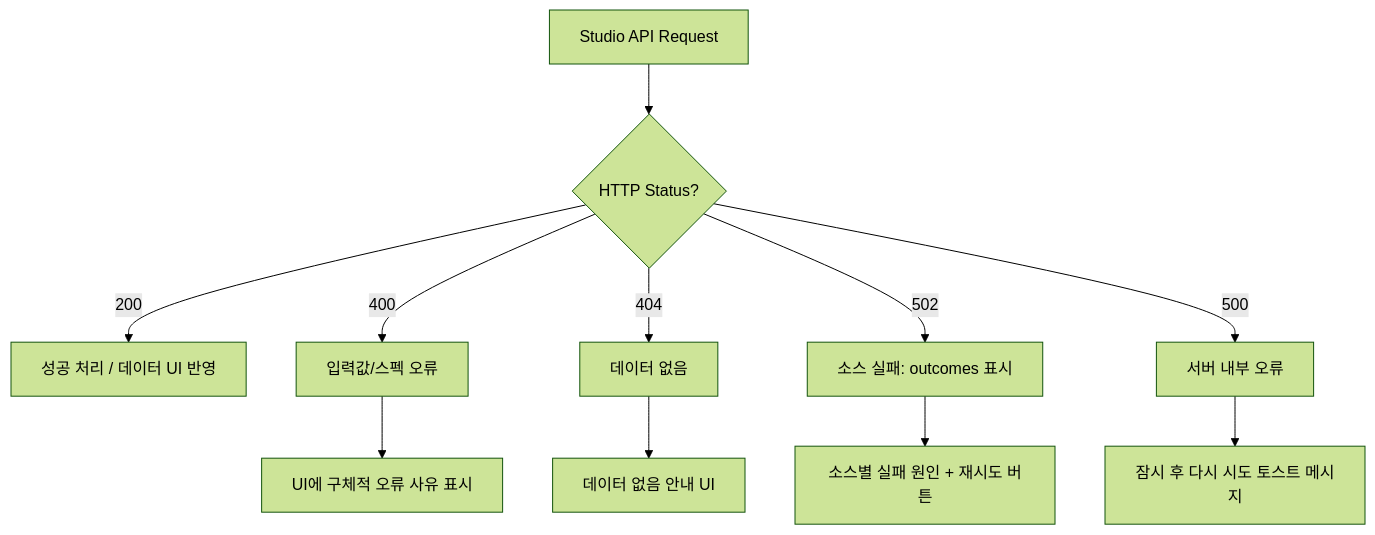
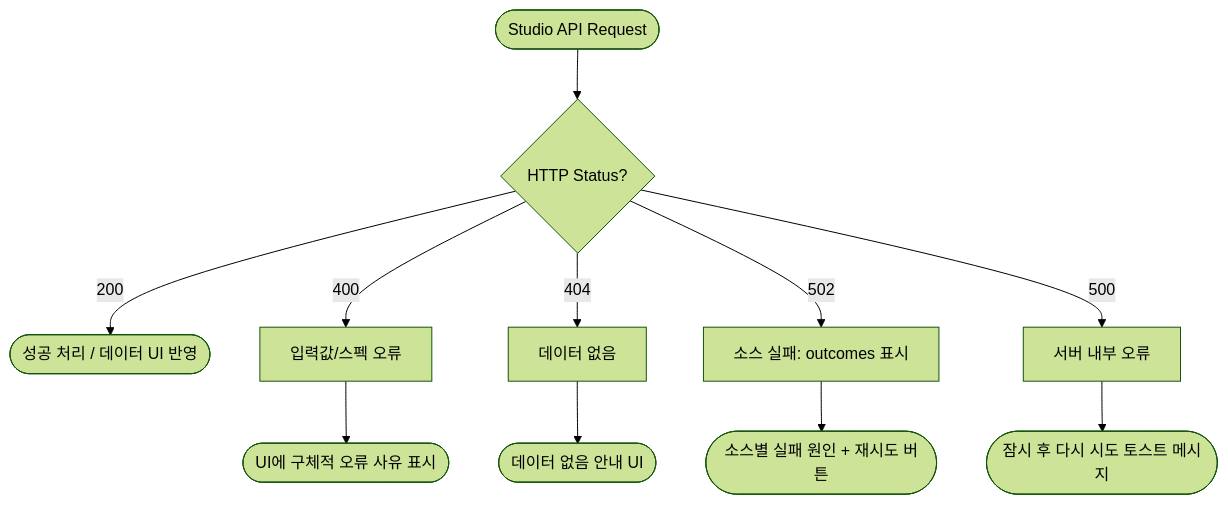
Before and after one commit to yeongseon/kpubdata-studio: the third of 3 diagrams in API_CONTRACT.md, drawn with Mermaid (forest theme). The commit also changed 2 other files, not shown here.

Commit message:
docs: standardize procedural flowcharts with start/end terminators (#130)
Apply consistent flowchart conventions to the procedural (sequence/branch)
diagrams so they read as proper flowcharts: explicit start/end terminators
(stadium shape) and decision diamonds. Structural diagrams (layer/dependency
maps, file trees) are intentionally left unchanged.

- USER_FLOWS.md: error-recovery flow start/terminal terminators
- UI_SPEC.md: navigation flow start (hub) terminator
- API_CONTRACT.md: HTTP-status branch flow start/terminal terminators

Validated with mermaid-cli render and mkdocs build --strict (exit 0).

````diff
--- a/API_CONTRACT.md
+++ b/API_CONTRACT.md
@@ -283,14 +283,14 @@
 ```mermaid
 flowchart TD
-    Request[Studio API Request] --> Status{HTTP Status?}
-    Status -->|200| Success[성공 처리 / 데이터 UI 반영]
+    Request([Studio API Request]) --> Status{HTTP Status?}
+    Status -->|200| Success([성공 처리 / 데이터 UI 반영])
     Status -->|400| BadRequest[입력값/스펙 오류]
     Status -->|404| NotFound[데이터 없음]
     Status -->|502| UpstreamFail[소스 실패: outcomes 표시]
     Status -->|500| ServerError[서버 내부 오류]
 
-    BadRequest --> ShowDetail[UI에 구체적 오류 사유 표시]
-    NotFound --> EmptyState[데이터 없음 안내 UI]
-    UpstreamFail --> SourceDetail[소스별 실패 원인 + 재시도 버튼]
-    ServerError --> RetryToast[잠시 후 다시 시도 토스트 메시지]
+    BadRequest --> ShowDetail([UI에 구체적 오류 사유 표시])
+    NotFound --> EmptyState([데이터 없음 안내 UI])
+    UpstreamFail --> SourceDetail([소스별 실패 원인 + 재시도 버튼])
+    ServerError --> RetryToast([잠시 후 다시 시도 토스트 메시지])
 ```
````
